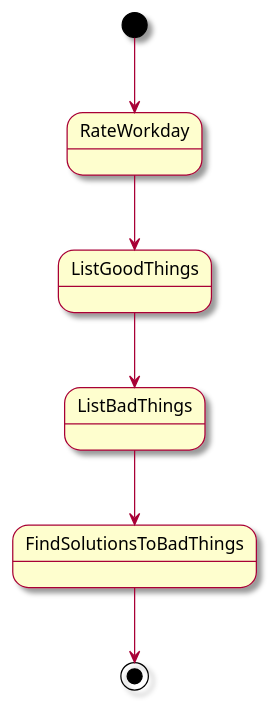
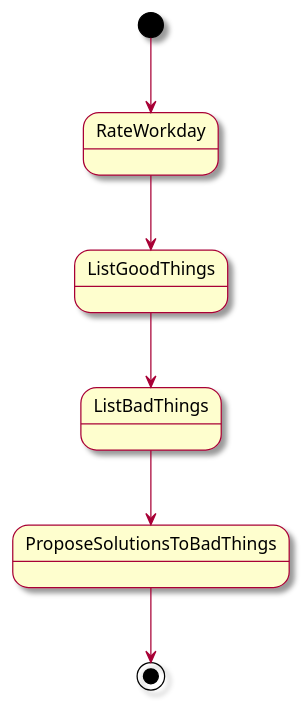
The diagram in docs/Context.puml (IvanMoreno/Kaizen), drawn with PlantUML before and after one commit. The commit also changed 1 other file, not shown here.

Commit message:
docs: create analysis diagram

```diff
--- a/docs/Context.puml
+++ b/docs/Context.puml
@@ -1,10 +1,10 @@
 @startuml
 skin rose
 
 [*] --> RateWorkday
 RateWorkday --> ListGoodThings
 ListGoodThings --> ListBadThings
-ListBadThings --> FindSolutionsToBadThings
-FindSolutionsToBadThings --> [*]
+ListBadThings --> ProposeSolutionsToBadThings
+ProposeSolutionsToBadThings --> [*]
 
 @enduml
```
